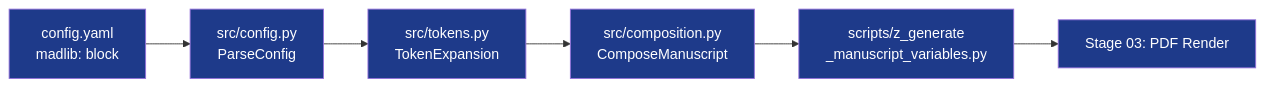
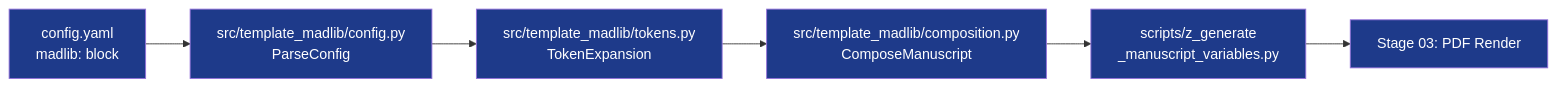
One commit to docxology/template changed the diagram in projects/templates/template_madlib/docs/architecture.md. Above: the diagram before and after it, drawn with Mermaid. The commit also changed other lines of this file and 153 other files, not shown here.

````diff
--- a/projects/templates/template_madlib/docs/architecture.md
+++ b/projects/templates/template_madlib/docs/architecture.md
@@ -5,11 +5,11 @@
 ```mermaid
 flowchart LR
-    CONFIG[config.yaml<br/>madlib: block] --> PARSE[src/config.py<br/>ParseConfig]
-    PARSE --> TOKENS[src/tokens.py<br/>TokenExpansion]
-    TOKENS --> COMPOSE[src/composition.py<br/>ComposeManuscript]
+    CONFIG[config.yaml<br/>madlib: block] --> PARSE[src/template_madlib/config.py<br/>ParseConfig]
+    PARSE --> TOKENS[src/template_madlib/tokens.py<br/>TokenExpansion]
+    TOKENS --> COMPOSE[src/template_madlib/composition.py<br/>ComposeManuscript]
     COMPOSE --> HYD[scripts/z_generate<br/>_manuscript_variables.py]
     HYD --> RENDER[Stage 03: PDF Render]
 
     classDef c fill:#1e3a8a,color:#fff;
     class CONFIG,PARSE,TOKENS,COMPOSE,HYD,RENDER c;
 ```
````
